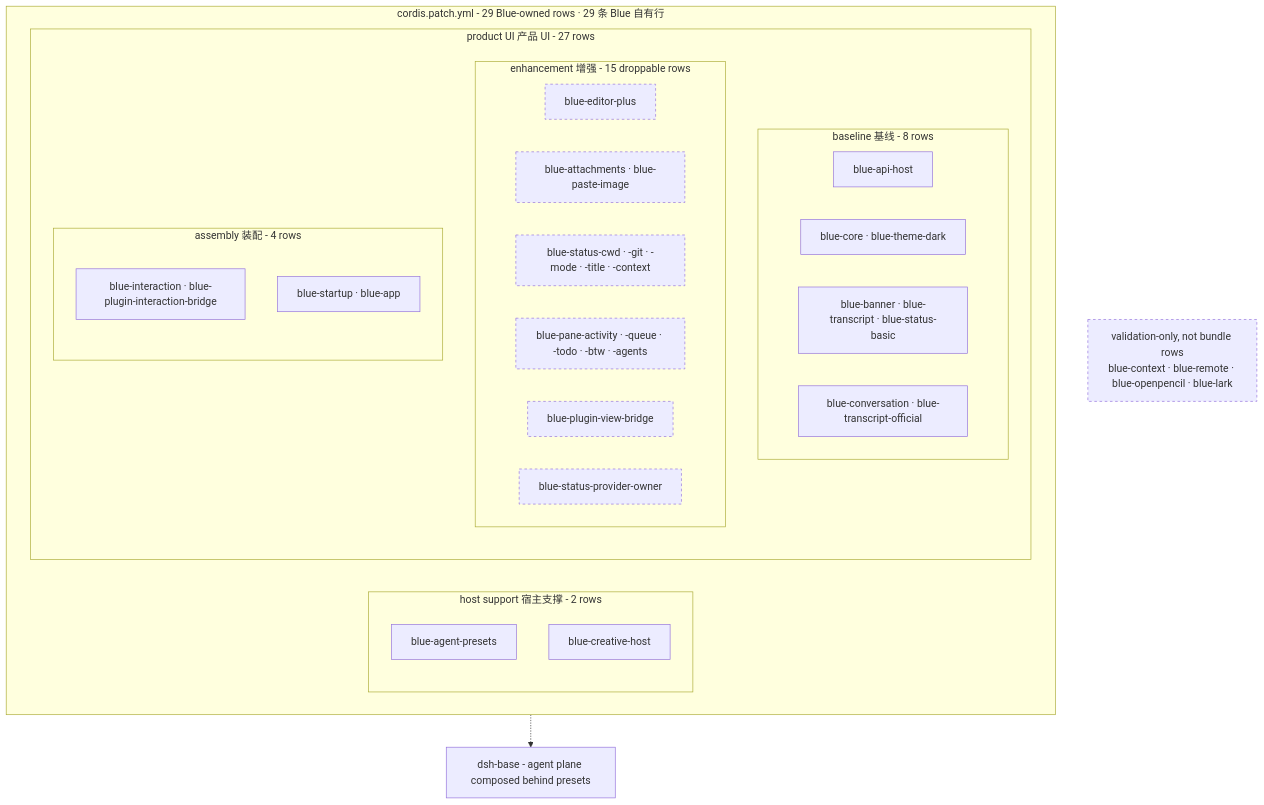
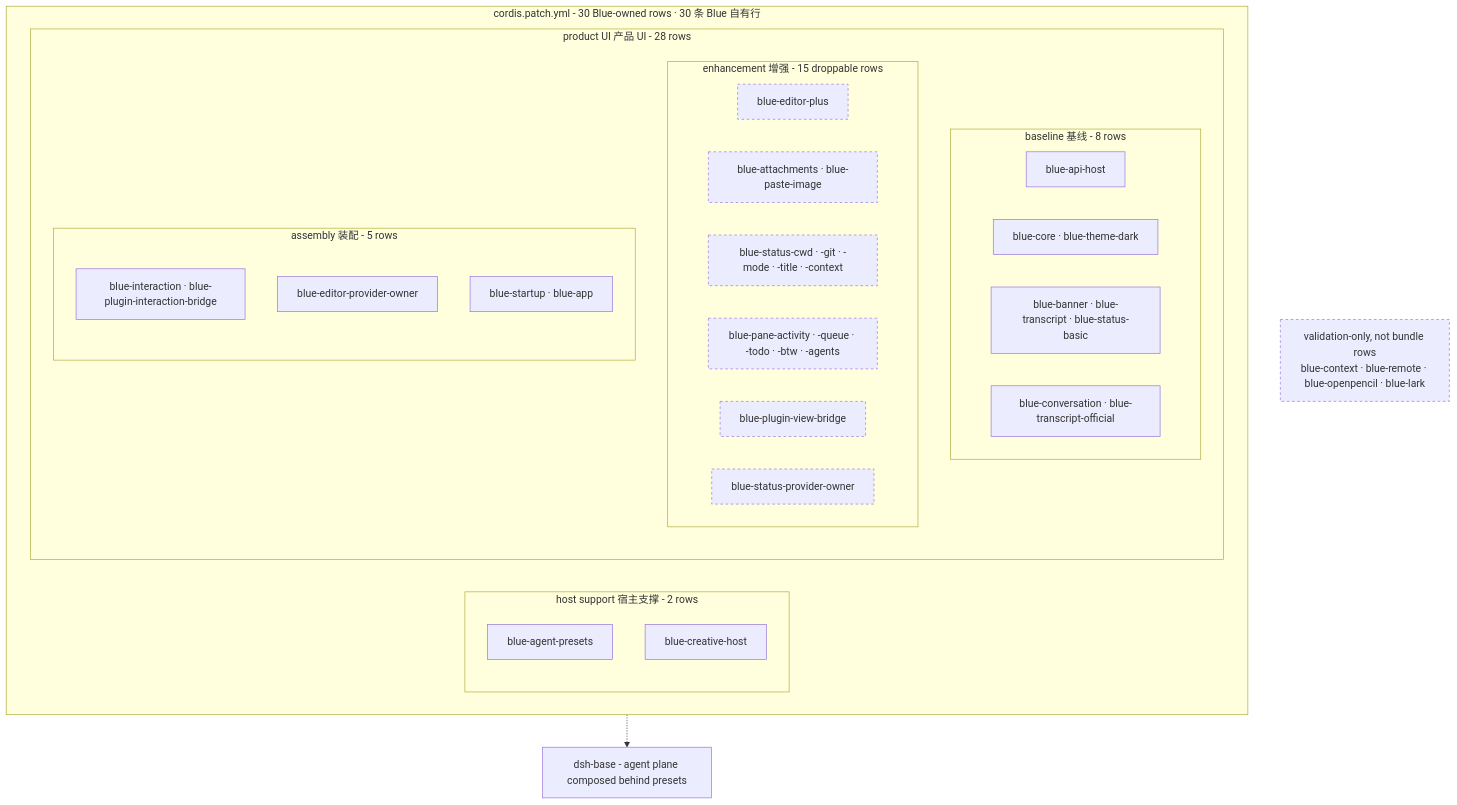
Before and after one commit to dsh-blue/blue: the diagram in docs/diagrams/blue-composition.mmd, drawn with Mermaid. The commit also changed 56 other files, not shown here.

```diff
--- a/docs/diagrams/blue-composition.mmd
+++ b/docs/diagrams/blue-composition.mmd
@@ -1,33 +1,34 @@
 flowchart TB
-    subgraph bundle["cordis.patch.yml - 29 Blue-owned rows · 29 条 Blue 自有行"]
+    subgraph bundle["cordis.patch.yml - 30 Blue-owned rows · 30 条 Blue 自有行"]
         subgraph host["host support 宿主支撑 - 2 rows"]
             presets["blue-agent-presets"]
             creative["blue-creative-host"]
         end
-        subgraph product["product UI 产品 UI - 27 rows"]
+        subgraph product["product UI 产品 UI - 28 rows"]
             subgraph baseline["baseline 基线 - 8 rows"]
                 api["blue-api-host"]
                 core["blue-core · blue-theme-dark"]
                 chrome["blue-banner · blue-transcript · blue-status-basic"]
                 conversation["blue-conversation · blue-transcript-official"]
             end
             subgraph enhancement["enhancement 增强 - 15 droppable rows"]
                 editorPlus["blue-editor-plus"]
                 att["blue-attachments · blue-paste-image"]
                 statusEnh["blue-status-cwd · -git · -mode · -title · -context"]
                 panes["blue-pane-activity · -queue · -todo · -btw · -agents"]
                 viewBridge["blue-plugin-view-bridge"]
                 statusOwner["blue-status-provider-owner"]
             end
-            subgraph assembly["assembly 装配 - 4 rows"]
+            subgraph assembly["assembly 装配 - 5 rows"]
                 interaction["blue-interaction · blue-plugin-interaction-bridge"]
+                editorOwner["blue-editor-provider-owner"]
                 startup["blue-startup · blue-app"]
             end
         end
     end
     validation["validation-only, not bundle rows\nblue-context · blue-remote · blue-openpencil · blue-lark"]
     dshbase["dsh-base - agent plane composed behind presets"]
     bundle -.-> dshbase
 
     classDef optional stroke-dasharray: 4 4;
     class editorPlus,att,statusEnh,panes,viewBridge,statusOwner,validation optional;
```
